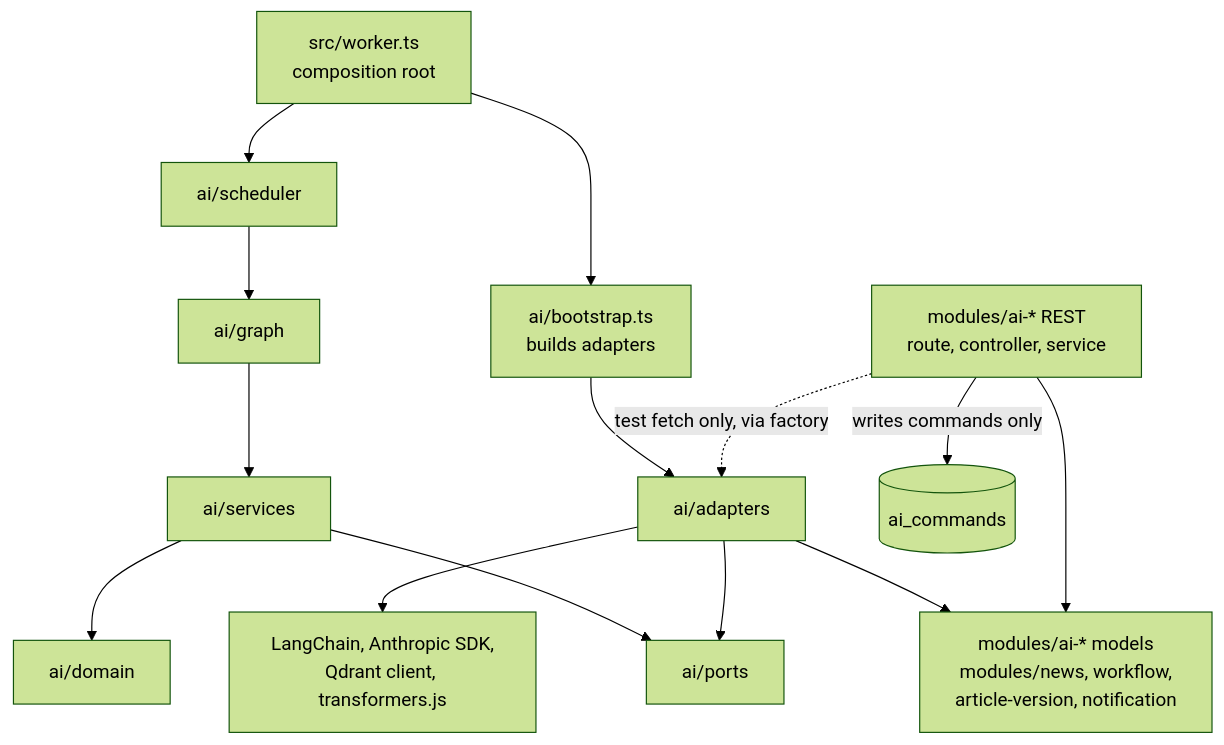
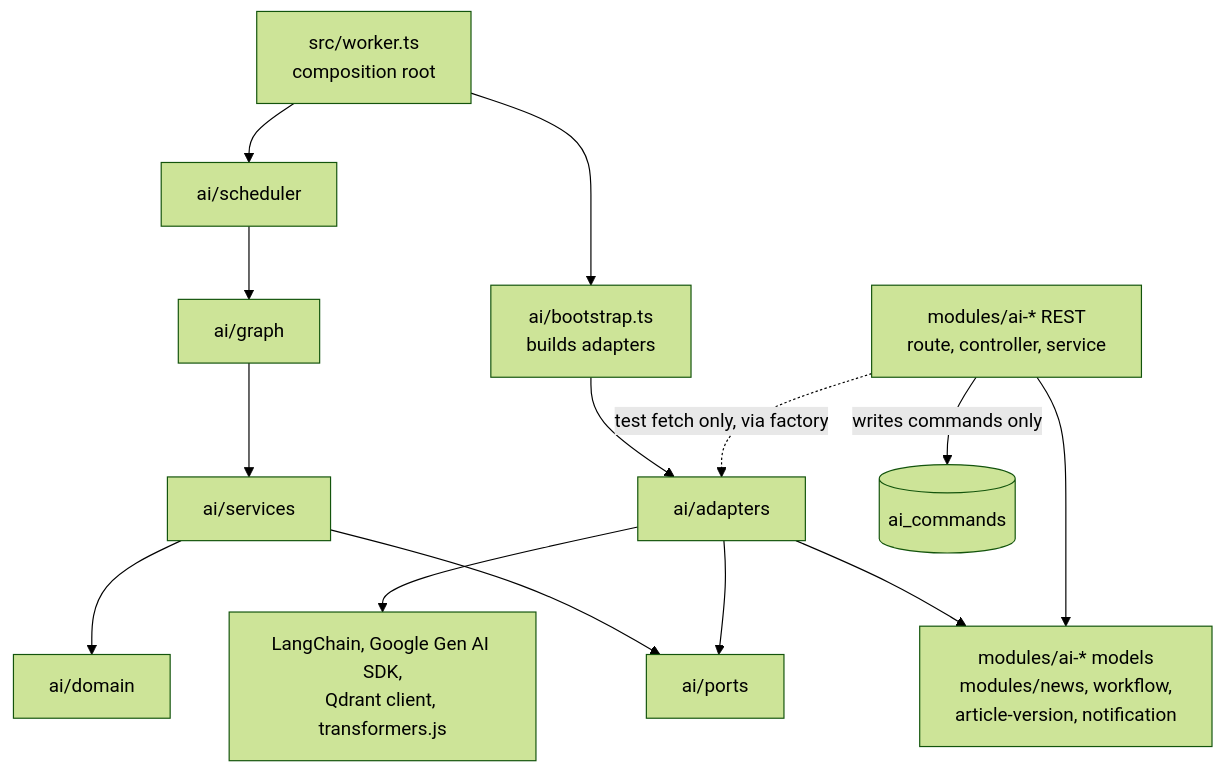
One commit to foysalahmedmin/z-news changed the sixth of 20 diagrams in docs/ai-news-automation-plan.md. Above: the diagram before and after it, drawn with Mermaid (forest theme). The commit also changed other lines of this file, not shown here.

````diff
--- a/docs/ai-news-automation-plan.md
+++ b/docs/ai-news-automation-plan.md
@@ -426,16 +426,16 @@
 ```mermaid
 flowchart TB
     WORKER["src/worker.ts<br/>composition root"] --> BOOT["ai/bootstrap.ts<br/>builds adapters"]
     WORKER --> SCH["ai/scheduler"]
     SCH --> GRAPH["ai/graph"]
     GRAPH --> SERV["ai/services"]
     SERV --> DOMAIN["ai/domain"]
     SERV --> PORTSD["ai/ports"]
     BOOT --> ADAPT["ai/adapters"]
     ADAPT --> PORTSD
     ADAPT --> MODELS["modules/ai-* models<br/>modules/news, workflow,<br/>article-version, notification"]
-    ADAPT --> LIBS["LangChain, Anthropic SDK,<br/>Qdrant client, transformers.js"]
+    ADAPT --> LIBS["LangChain, Google Gen AI SDK,<br/>Qdrant client, transformers.js"]
     REST["modules/ai-* REST<br/>route, controller, service"] --> MODELS
     REST -->|"writes commands only"| CMDC[("ai_commands")]
     REST -.->|"test fetch only, via factory"| ADAPT
 ```
````
